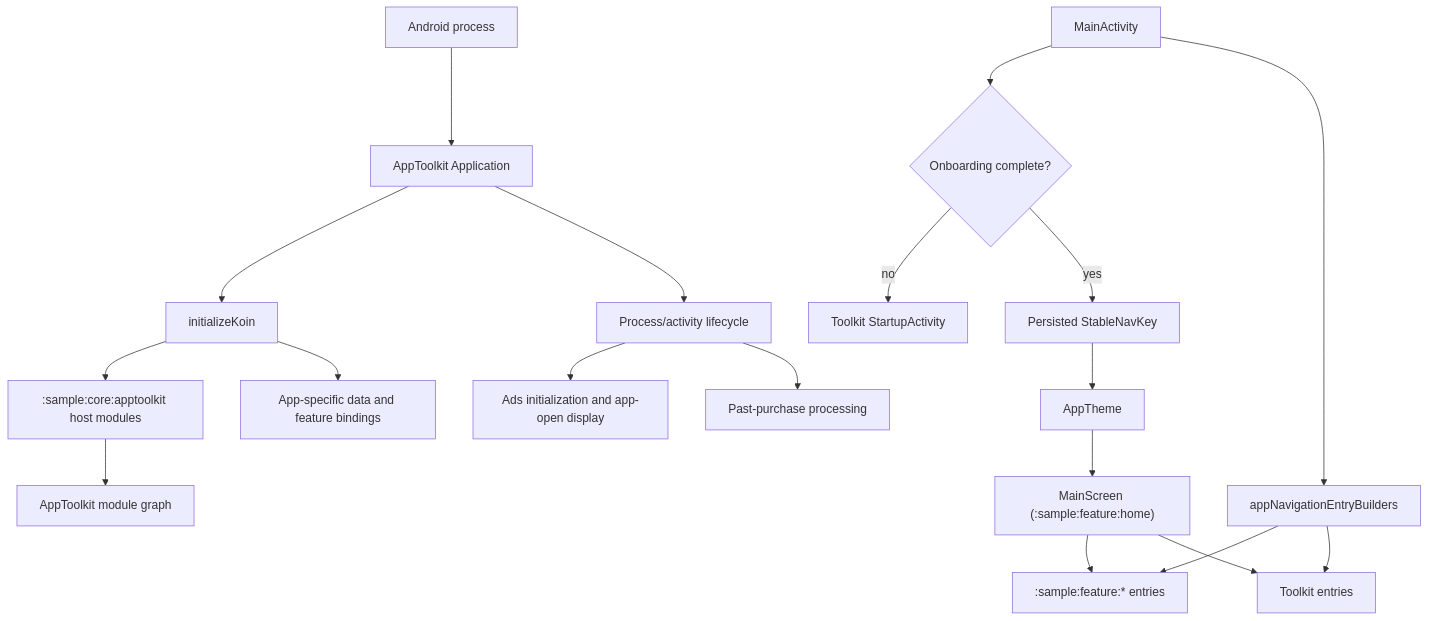
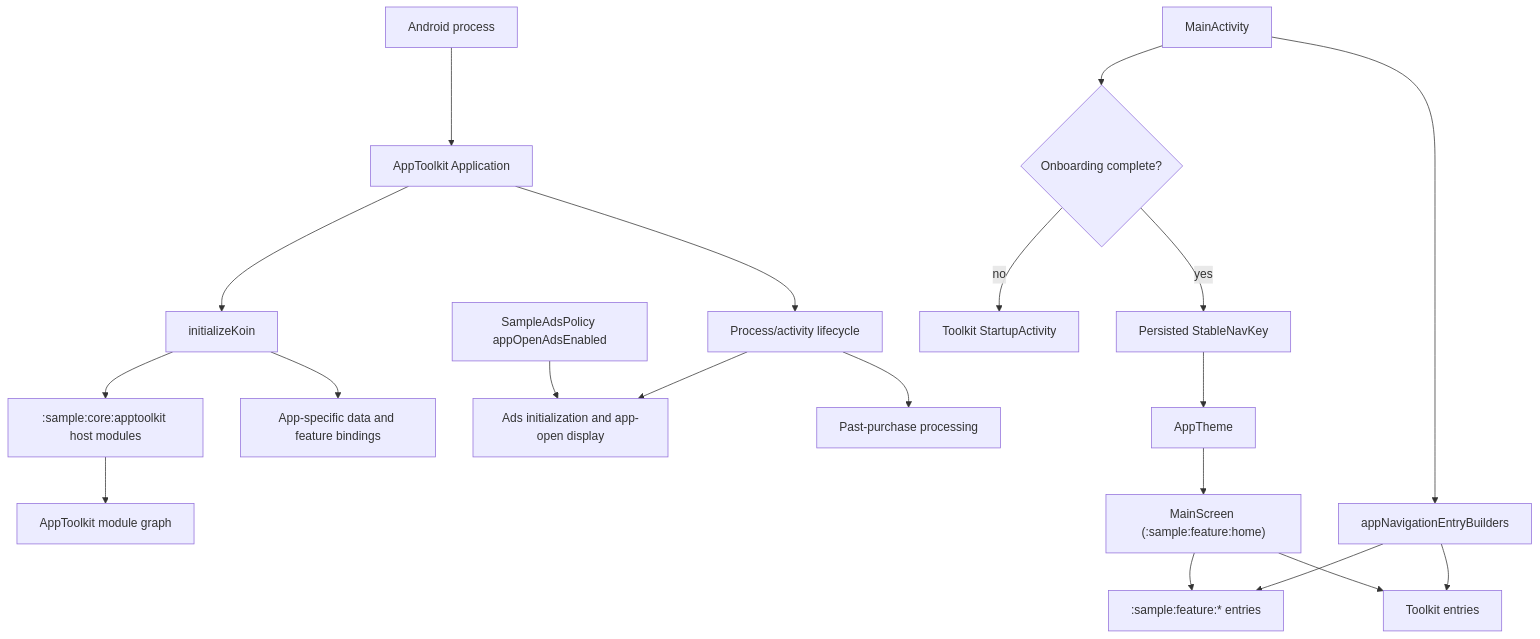
Before and after one commit to MihaiCristianCondrea/App-Toolkit-for-Android: the diagram in sample/app/README.md, drawn with Mermaid. The commit also changed other lines of this file and 53 other files, not shown here.

````diff
--- a/sample/app/README.md
+++ b/sample/app/README.md
@@ -48,21 +48,22 @@
 ```mermaid
 flowchart TD
     Process[Android process] --> App[AppToolkit Application]
     App --> Koin[initializeKoin]
     Koin --> Adapter[":sample:core:apptoolkit host modules"]
     Adapter --> Facade[AppToolkit module graph]
     Koin --> HostModules[App-specific data and feature bindings]
     App --> Lifecycle[Process/activity lifecycle]
     Lifecycle --> Ads[Ads initialization and app-open display]
+    Policy[SampleAdsPolicy appOpenAdsEnabled] --> Ads
     Lifecycle --> Billing[Past-purchase processing]
     Launcher[MainActivity] --> FirstRun{Onboarding complete?}
     FirstRun -->|no| Startup[Toolkit StartupActivity]
     FirstRun -->|yes| Route[Persisted StableNavKey]
     Route --> Theme[AppTheme]
     Theme --> Shell["MainScreen (:sample:feature:home)"]
     Launcher --> Builders[appNavigationEntryBuilders]
     Builders --> HostEntries[":sample:feature:* entries"]
     Builders --> ToolkitEntries[Toolkit entries]
     Shell --> HostEntries
     Shell --> ToolkitEntries
 ```
````
